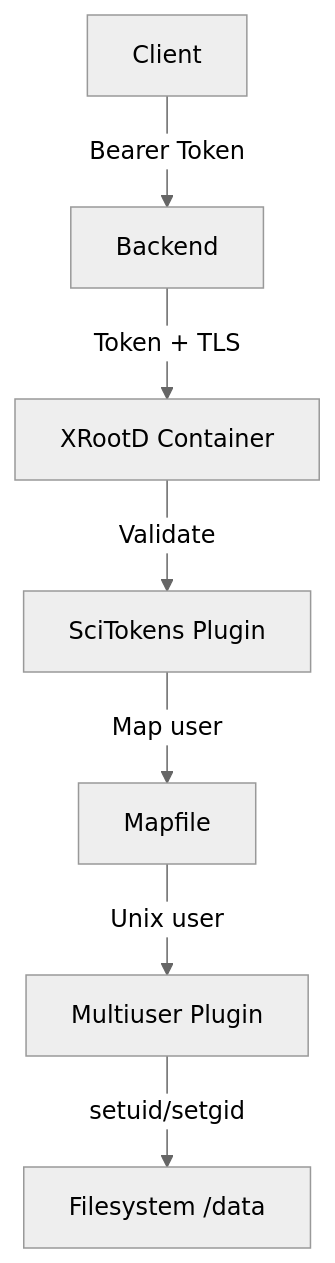
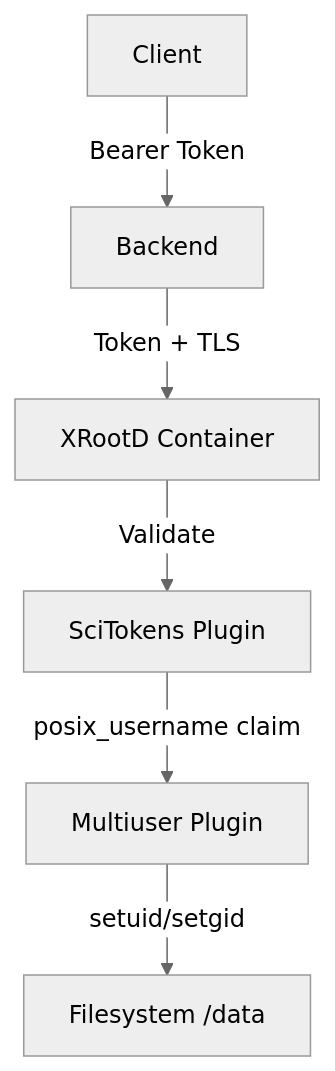
The first of 2 diagrams in docker/xrootd/README.md (AnarManafov/dataharbor), drawn with Mermaid (neutral theme) before and after one commit. The commit also changed other lines of this file and 35 other files, not shown here.

First line of the commit message:
feat(auth): derive XRootD Unix user from posix_username claim

````diff
--- a/docker/xrootd/README.md
+++ b/docker/xrootd/README.md
@@ -23,9 +23,8 @@
 ```mermaid
 graph TB
     CLIENT[Client] -->|Bearer Token| BE[Backend]
     BE -->|Token + TLS| XRD[XRootD Container]
     XRD -->|Validate| SCI[SciTokens Plugin]
-    SCI -->|Map user| MAP[Mapfile]
-    MAP -->|Unix user| MULTI[Multiuser Plugin]
+    SCI -->|posix_username claim| MULTI[Multiuser Plugin]
     MULTI -->|setuid/setgid| FS[Filesystem /data]
 ```
````
